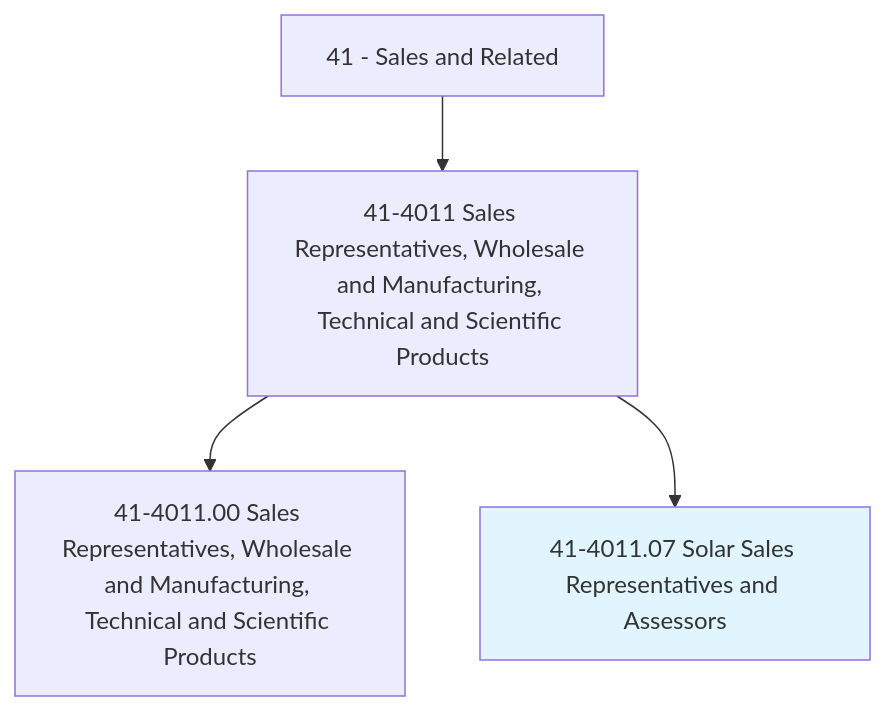
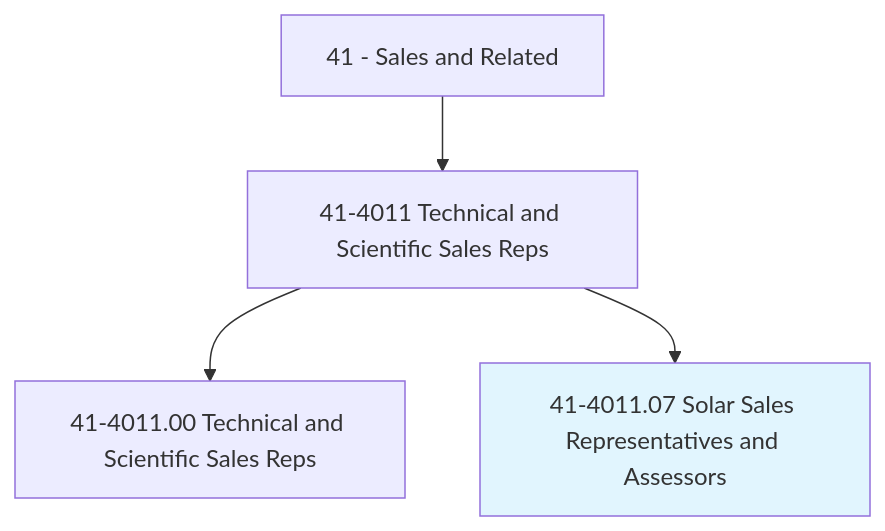
Before and after one commit to kziemski/business.org.ai: the first of 4 diagrams in occupations/Sales/SolarSalesRepresentativesAndAssessors.mdx, drawn with Mermaid. The commit also changed other lines of this file and 938 other files, not shown here.

````diff
--- a/occupations/Sales/SolarSalesRepresentativesAndAssessors.mdx
+++ b/occupations/Sales/SolarSalesRepresentativesAndAssessors.mdx
@@ -19,7 +23,7 @@
 ```mermaid
 graph TD
-    Cat41["41 - Sales and Related"] --> Group414011["41-4011 Sales Representatives, Wholesale and Manufacturing, Technical and Scientific Products"]
-    Group414011 --> Base["41-4011.00 Sales Representatives, Wholesale and Manufacturing, Technical and Scientific Products"]
+    Cat41["41 - Sales and Related"] --> Group414011["41-4011 Technical and Scientific Sales Reps"]
+    Group414011 --> Base["41-4011.00 Technical and Scientific Sales Reps"]
     Group414011 --> Current["41-4011.07 Solar Sales Representatives and Assessors"]
     style Current fill:#e1f5fe
 ```
````
